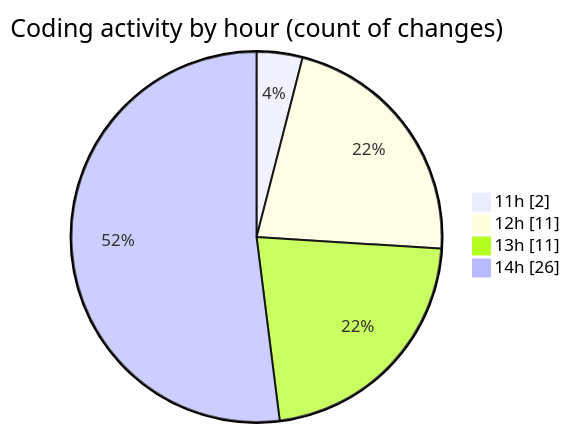
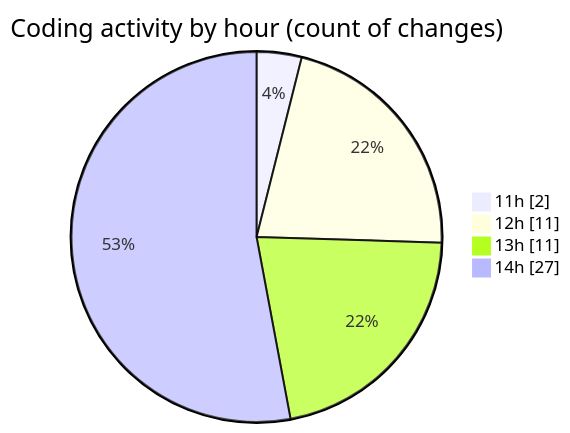
Before and after one commit to momahboobian/code-tracking: the second of 2 diagrams in 2025-04-04/cda/README.md, drawn with Mermaid. The commit also changed other lines of this file and 1 other file, not shown here.

````diff
--- a/2025-04-04/cda/README.md
+++ b/2025-04-04/cda/README.md
@@ -42,8 +42,8 @@
 ```mermaid
 pie showData
 title Coding activity by hour (count of changes)
 "11h" : 2
 "12h" : 11
 "13h" : 11
-"14h" : 26
+"14h" : 27
 ```
````
